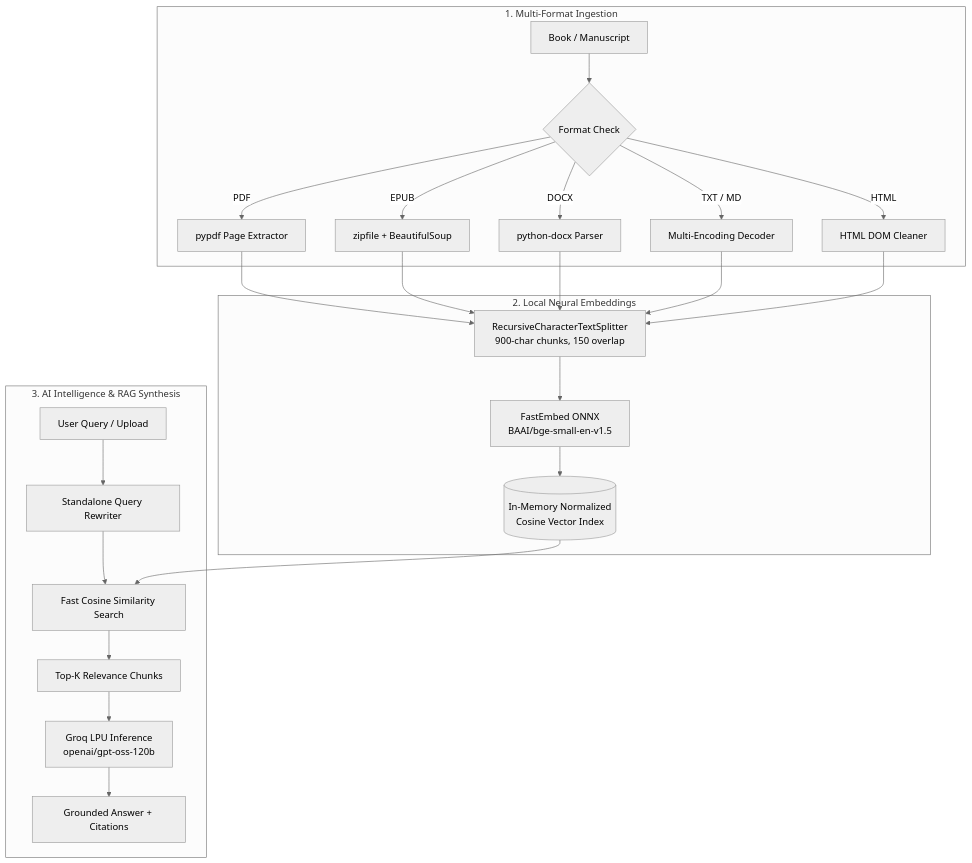
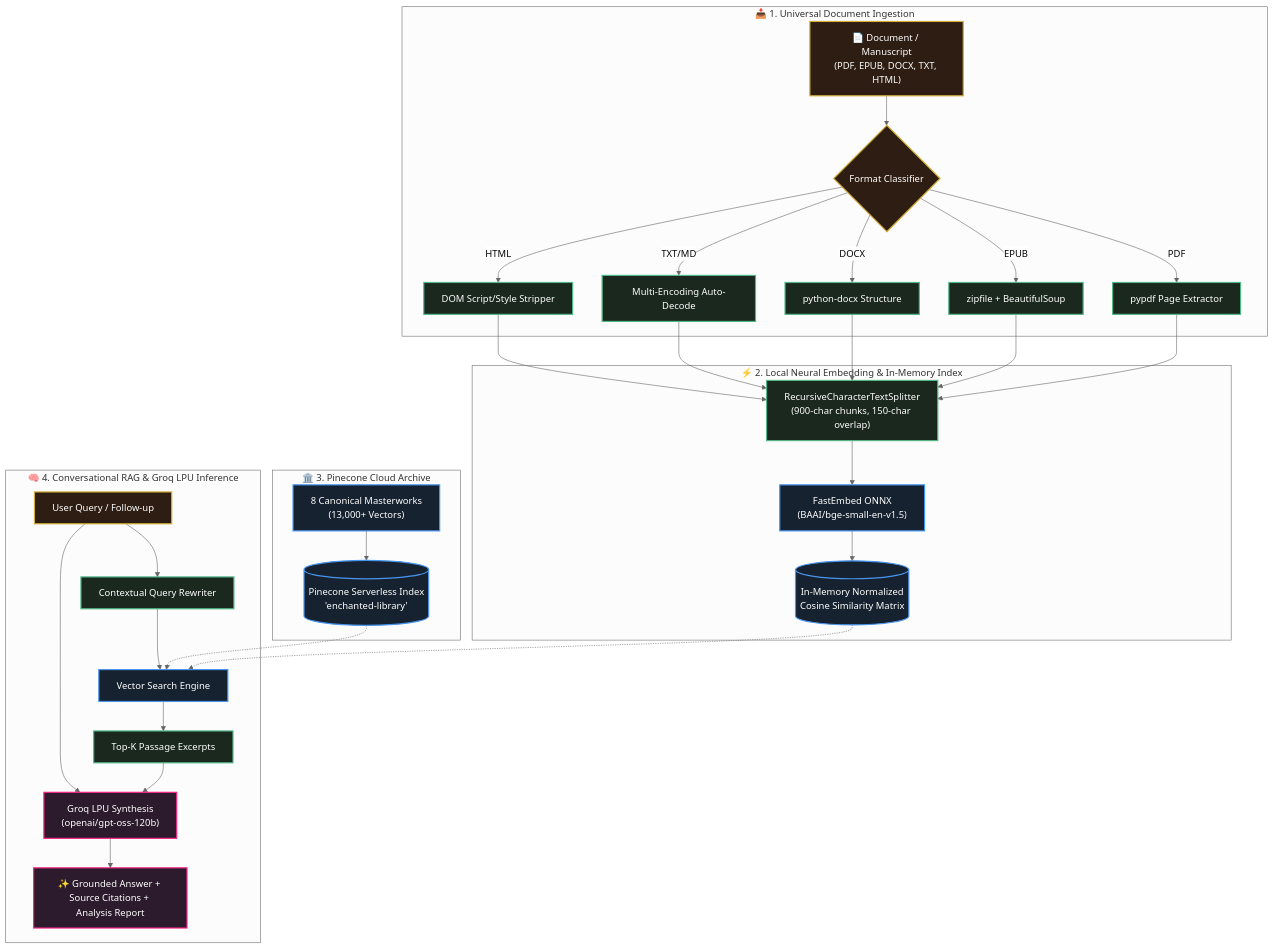
The diagram in README.md (Aniketyadav29/Book_AI_Chatbot), drawn with Mermaid (neutral theme) before and after one commit. The commit also changed other lines of this file and 1 other file, not shown here.

````diff
--- a/README.md
+++ b/README.md
@@ -68,26 +100,37 @@
 ```mermaid
 flowchart TD
-    subgraph INGESTION["1. Multi-Format Ingestion"]
-        A[Book / Manuscript] --> B{Format Check}
-        B -->|PDF| C1[pypdf Page Extractor]
-        B -->|EPUB| C2[zipfile + BeautifulSoup]
-        B -->|DOCX| C3[python-docx Parser]
-        B -->|TXT / MD| C4[Multi-Encoding Decoder]
-        B -->|HTML| C5[HTML DOM Cleaner]
+    %% Styling Configuration
+    classDef inputStyle fill:#2d1d12,stroke:#d4af37,stroke-width:2px,color:#fff;
+    classDef processStyle fill:#1a281e,stroke:#52b788,stroke-width:2px,color:#fff;
+    classDef vectorStyle fill:#16222f,stroke:#4895ef,stroke-width:2px,color:#fff;
+    classDef outputStyle fill:#2c1b2d,stroke:#f72585,stroke-width:2px,color:#fff;
+
+    subgraph INGESTION ["📥 1. Universal Document Ingestion"]
+        A["📄 Document / Manuscript<br/>(PDF, EPUB, DOCX, TXT, HTML)"]:::inputStyle --> B{"Format Classifier"}:::inputStyle
+        B -->|PDF| C1["pypdf Page Extractor"]:::processStyle
+        B -->|EPUB| C2["zipfile + BeautifulSoup"]:::processStyle
+        B -->|DOCX| C3["python-docx Structure"]:::processStyle
+        B -->|TXT/MD| C4["Multi-Encoding Auto-Decode"]:::processStyle
+        B -->|HTML| C5["DOM Script/Style Stripper"]:::processStyle
     end
 
-    subgraph EMBEDDINGS["2. Local Neural Embeddings"]
-        C1 & C2 & C3 & C4 & C5 --> D[RecursiveCharacterTextSplitter\n900-char chunks, 150 overlap]
-        D --> E[FastEmbed ONNX\nBAAI/bge-small-en-v1.5]
-        E --> F[(In-Memory Normalized\nCosine Vector Index)]
+    subgraph VECTOR ["⚡ 2. Local Neural Embedding & In-Memory Index"]
+        C1 & C2 & C3 & C4 & C5 --> D["RecursiveCharacterTextSplitter<br/>(900-char chunks, 150-char overlap)"]:::processStyle
+        D --> E["FastEmbed ONNX<br/>(BAAI/bge-small-en-v1.5)"]:::vectorStyle
+        E --> F[("In-Memory Normalized<br/>Cosine Similarity Matrix")]:::vectorStyle
     end
 
-    subgraph SYNTHESIS["3. AI Intelligence & RAG Synthesis"]
-        G[User Query / Upload] --> H[Standalone Query Rewriter]
-        H --> I[Fast Cosine Similarity Search]
-        F --> I
-        I --> J[Top-K Relevance Chunks]
-        J --> K[Groq LPU Inference\nopenai/gpt-oss-120b]
-        K --> L[Grounded Answer + Citations]
+    subgraph ARCHIVE ["🏛️ 3. Pinecone Cloud Archive"]
+        Z["8 Canonical Masterworks<br/>(13,000+ Vectors)"]:::vectorStyle --> Y[("Pinecone Serverless Index<br/>'enchanted-library'")]:::vectorStyle
+    end
+
+    subgraph RAG ["🧠 4. Conversational RAG & Groq LPU Inference"]
+        Q["User Query / Follow-up"]:::inputStyle --> R["Contextual Query Rewriter"]:::processStyle
+        R --> S["Vector Search Engine"]:::vectorStyle
+        F -.-> S
+        Y -.-> S
+        S --> T["Top-K Passage Excerpts"]:::processStyle
+        T & Q --> U["Groq LPU Synthesis<br/>(openai/gpt-oss-120b)"]:::outputStyle
+        U --> V["✨ Grounded Answer + Source Citations + Analysis Report"]:::outputStyle
     end
 ```
````
